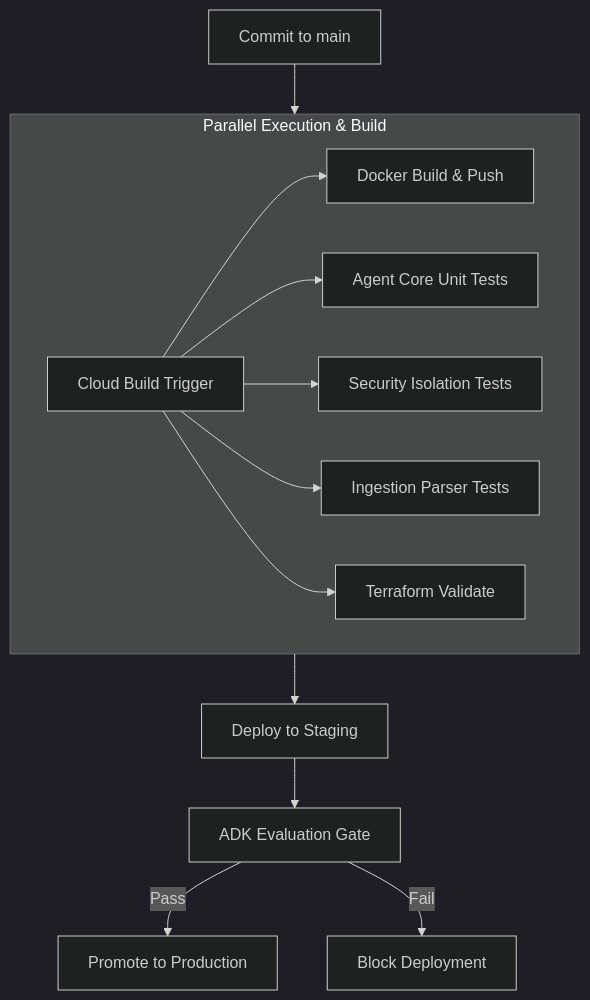
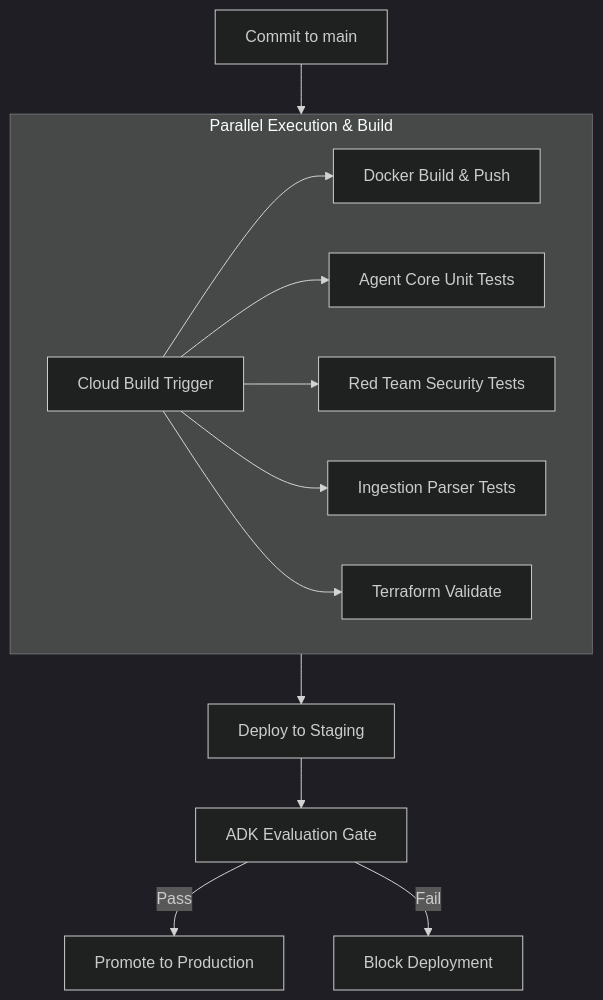
One commit to rezkabiri/jit-two-stage-retrieval changed the third of 3 diagrams in docs/DESIGN_SPEC.md. Above: the diagram before and after it, drawn with Mermaid (dark theme). The commit also changed other lines of this file and 5 other files, not shown here.

First line of the commit message:
refactor: rename security tests to Red Team isolation tests

````diff
--- a/docs/DESIGN_SPEC.md
+++ b/docs/DESIGN_SPEC.md
@@ -98,18 +98,18 @@
 ```mermaid
 graph TD
     Commit[Commit to main] --> CB[Cloud Build Trigger]
     
     subgraph Parallel_Validation [Parallel Execution & Build]
         direction LR
         CB --> Build[Docker Build & Push]
         CB --> UnitTests[Agent Core Unit Tests]
-        CB --> SecurityTests[Security Isolation Tests]
+        CB --> RedTeamTests[Red Team Security Tests]
         CB --> ETLTests[Ingestion Parser Tests]
         CB --> InfraTests[Terraform Validate]
     end
     
     Parallel_Validation --> DeployStaging[Deploy to Staging]
     DeployStaging --> EvalGate[ADK Evaluation Gate]
     EvalGate -- "Pass" --> Prod[Promote to Production]
     EvalGate -- "Fail" --> Block[Block Deployment]
 ```
````
